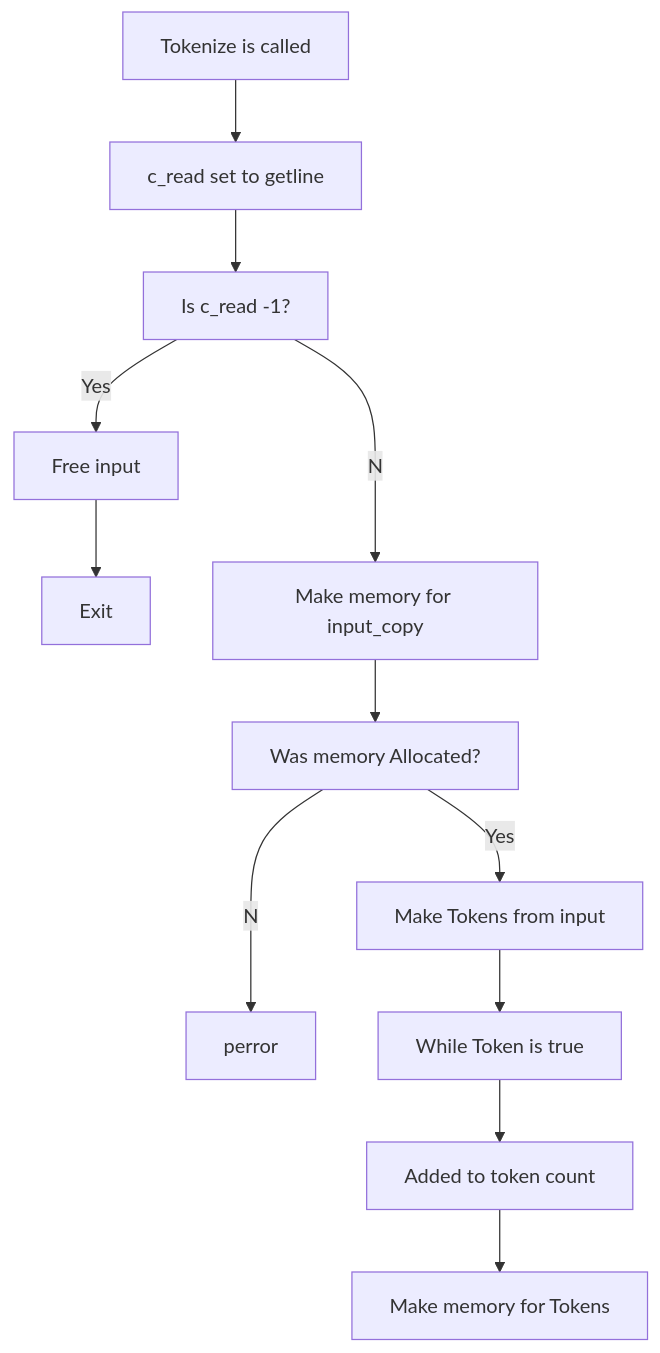
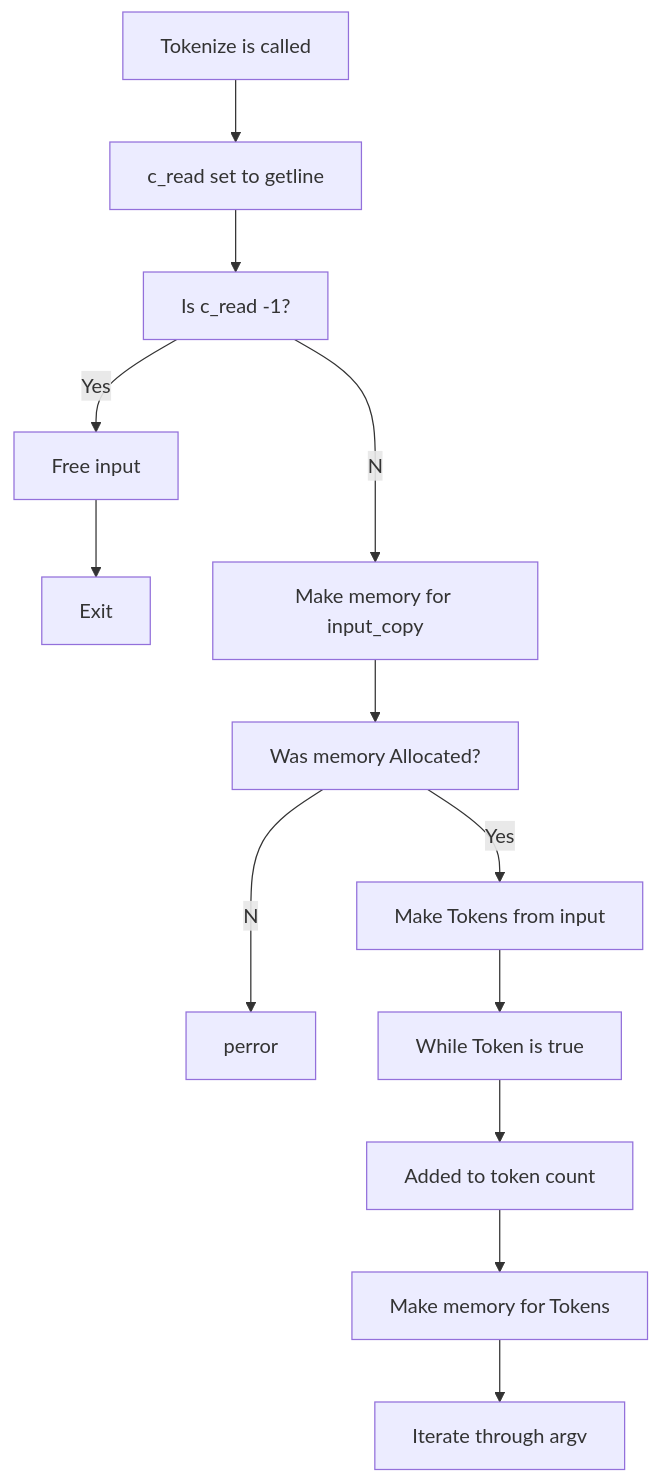
One commit to LeeWest89/MySuperRepo changed the diagram in README.md. Above: the diagram before and after it, drawn with Mermaid.

````diff
--- a/README.md
+++ b/README.md
@@ -3,14 +3,15 @@
 ```mermaid
 flowchart TB;
   A[Tokenize is called]-->B[c_read set to getline];
   B-->C[Is c_read -1?];
   C--Yes-->D[Free input];
   D-->E[Exit];
   C--No-->F[Make memory for input_copy];
   F-->G[Was memory Allocated?];
   G--No-->H[perror];
   G--Yes-->I[Make Tokens from input];
   I-->J[While Token is true];
   J-->K[Added to token count];
   K-->L[Make memory for Tokens];
+  L-->M[Iterate through argv];
 ```
````
